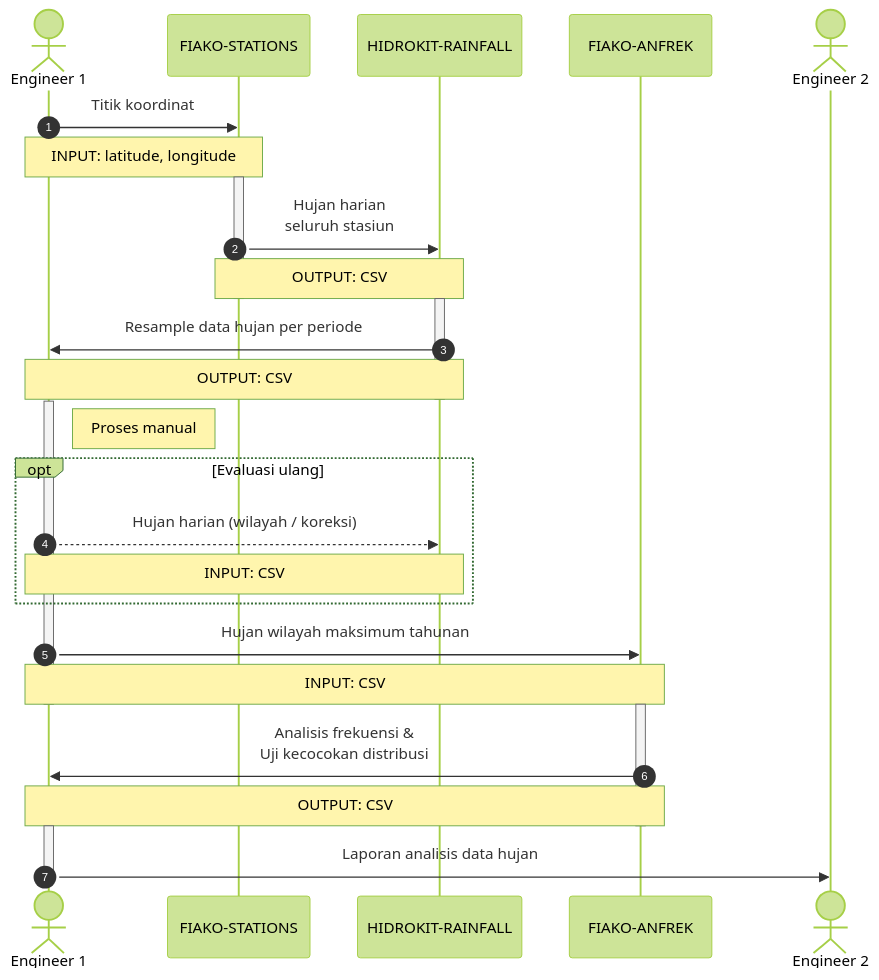
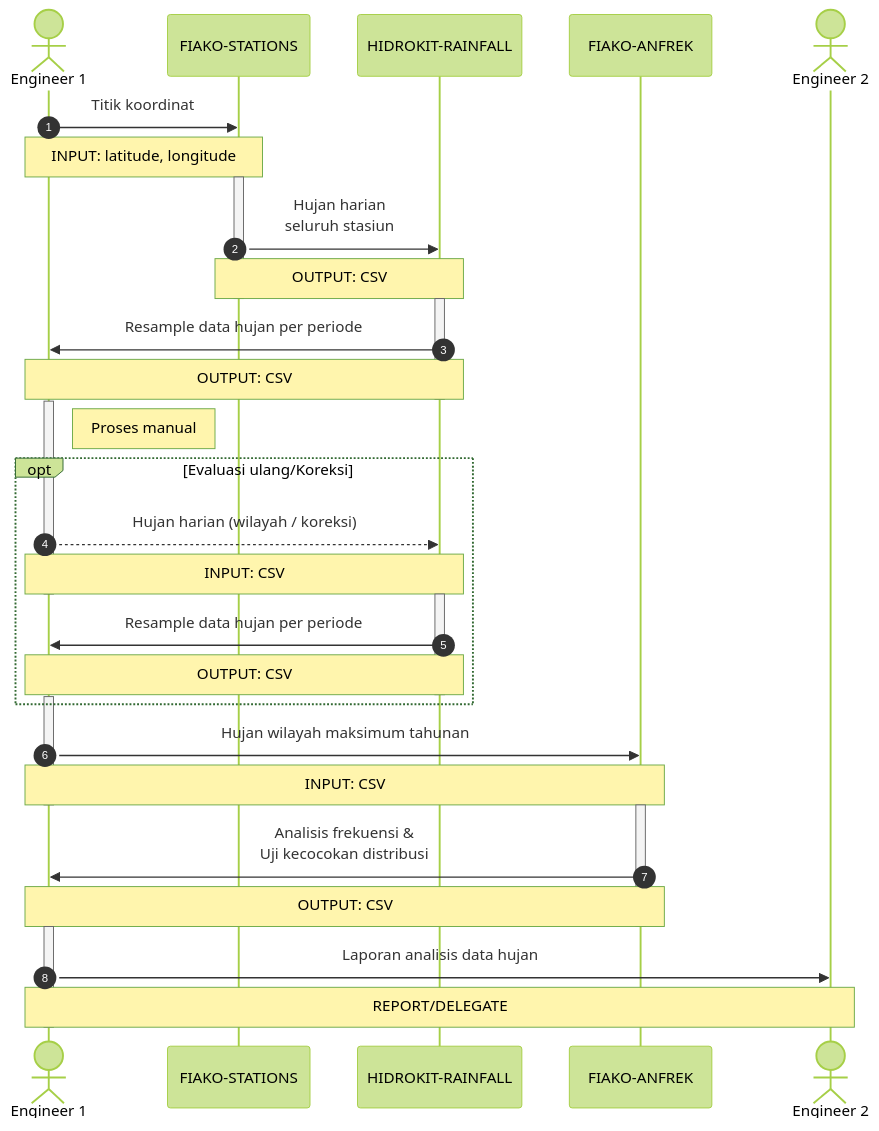
One commit to fiakoengineering/manual changed the fifth of 5 diagrams in webapps/webapps-rainfall.qmd. Above: the diagram before and after it, drawn with Mermaid. The commit also changed other lines of this file and 1 other file, not shown here.

Commit message:
fix diagram + url + conclusion (#3)

````diff
--- a/webapps/webapps-rainfall.qmd
+++ b/webapps/webapps-rainfall.qmd
@@ -594,49 +595,56 @@
 ```{mermaid}
 %%| label: fig-using-apps
-%%| fig-cap: _Sequence diagram_ penggunaan ketiga aplikasi.
+%%| fig-cap: Contoh alur pekerjaan dengan menggunakan aplikasi pengolahan data hujan.
 %%| fig-width: 100%
 %%| fig-align: center
 %%{ init: { 'sequence': {'useMaxWidth': false, 'showSequenceNumbers': true }, 'theme': 'forest' } }%%
 sequenceDiagram
     actor user as Engineer 1
     participant stations as FIAKO-STATIONS
     participant rainfall as HIDROKIT-RAINFALL
     participant anfrek as FIAKO-ANFREK
     actor super as Engineer 2
 
     user->>stations: Titik koordinat
     Note over user, stations: INPUT: latitude, longitude
     
     activate stations
     %% stations --> user: evaluasi dan pengambilan keputusan
     stations ->> rainfall: Hujan harian<br/>seluruh stasiun
     Note over stations, rainfall: OUTPUT: CSV
     deactivate stations
 
     activate rainfall
     %% rainfall --> user: evaluasi dan pengambilan keputusan
     rainfall ->> user: Resample data hujan per periode
     Note over rainfall, user: OUTPUT: CSV
     deactivate rainfall
 
     activate user
     Note right of user: Proses manual
-    opt Evaluasi ulang
+    opt Evaluasi ulang/Koreksi
     user -->> rainfall: Hujan harian (wilayah / koreksi)
     Note over user, rainfall: INPUT: CSV
+    deactivate user
+    activate rainfall
+    rainfall ->> user: Resample data hujan per periode
+    Note over rainfall, user: OUTPUT: CSV
+    deactivate rainfall
+    activate user
     end
     user ->> anfrek: Hujan wilayah maksimum tahunan
     Note over user, anfrek: INPUT: CSV
     deactivate user
 
     activate anfrek
     %% anfrek --> user: evaluasi dan pengambilan keputusan
     anfrek ->> user: Analisis frekuensi &<br>Uji kecocokan distribusi
     Note over anfrek, user: OUTPUT: CSV
     deactivate anfrek
 
     activate user
     user ->> super: Laporan analisis data hujan
+    Note over user, super: REPORT/DELEGATE
     deactivate user
 
 ```
````
